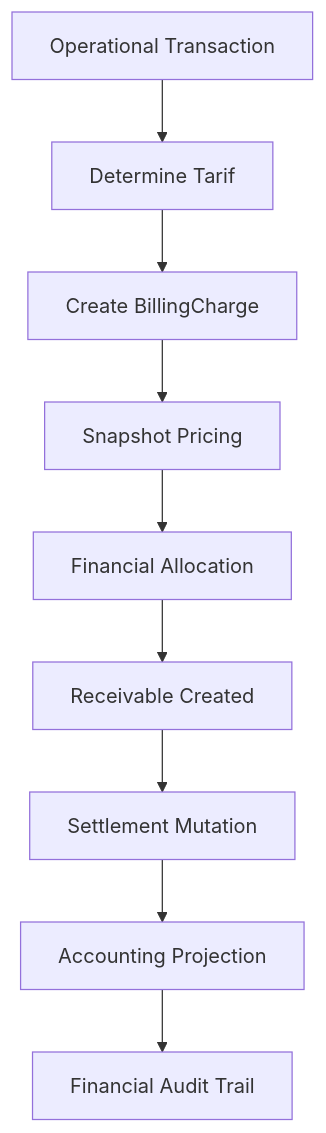
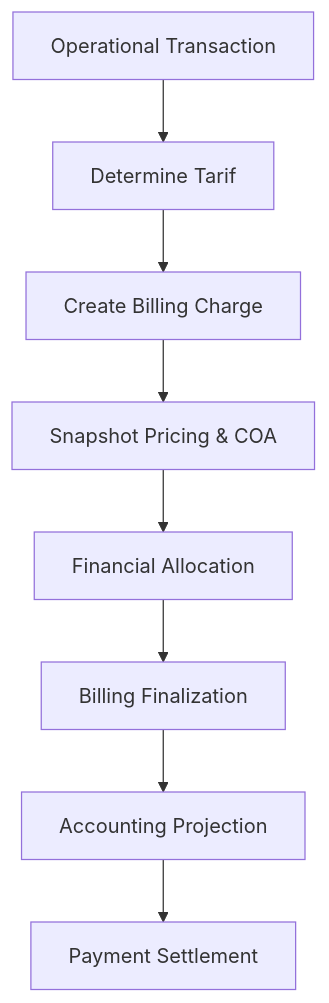
One commit to smart-ics/b09-bilreg-api changed the diagram in docs/contexts/trsbilling/trsbilling-01-context.md. Above: the diagram before and after it, drawn with Mermaid. The commit also changed other lines of this file and 1 other file, not shown here.

````diff
--- a/docs/contexts/trsbilling/trsbilling-01-context.md
+++ b/docs/contexts/trsbilling/trsbilling-01-context.md
@@ -84,11 +123,10 @@
 ```mermaid
 flowchart TD
     A[Operational Transaction] --> B[Determine Tarif]
-    B --> C[Create BillingCharge]
-    C --> D[Snapshot Pricing]
+    B --> C[Create Billing Charge]
+    C --> D[Snapshot Pricing & COA]
     D --> E[Financial Allocation]
-    E --> F[Receivable Created]
-    F --> G[Settlement Mutation]
-    G --> H[Accounting Projection]
-    H --> I[Financial Audit Trail]
+    E --> F[Billing Finalization]
+    F --> G[Accounting Projection]
+    G --> H[Payment Settlement]
 ```
````
